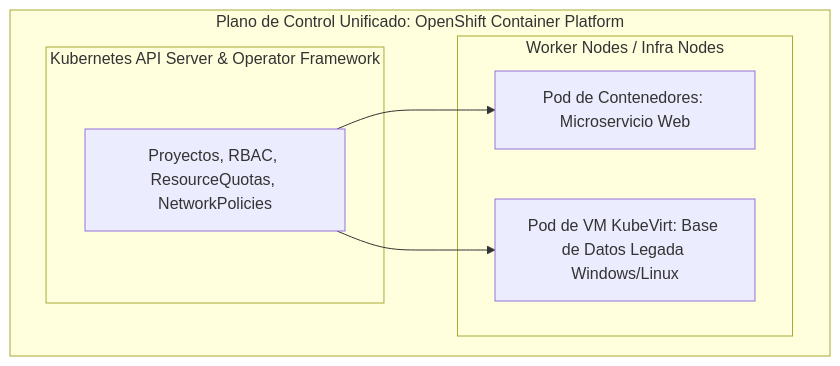
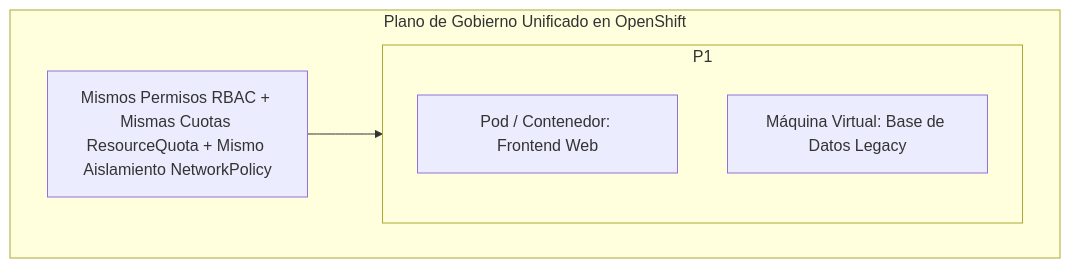
The second of 4 diagrams in docs/sesion4/4.8 Openshift Virtualization.md (ieftraining/curso-openshift), drawn with Mermaid before and after one commit. The commit also changed other lines of this file, not shown here.

````diff
--- a/docs/sesion4/4.8 Openshift Virtualization.md
+++ b/docs/sesion4/4.8 Openshift Virtualization.md
@@ -41,16 +49,14 @@
 ```mermaid
 flowchart TD
-    subgraph Plano de Control Unificado: OpenShift Container Platform
-        subgraph Kubernetes API Server & Operator Framework
-            A1[Proyectos, RBAC, ResourceQuotas, NetworkPolicies]
+    subgraph OpenShift Container Platform ["Plano de Gobierno Unificado en OpenShift"]
+        P1[Proyecto / Namespace]
+
+        subgraph P1
+            C1[Pod / Contenedor: Frontend Web]
+            VM1[Máquina Virtual: Base de Datos Legacy]
         end
 
-        subgraph Worker Nodes / Infra Nodes
-            P1[Pod de Contenedores: Microservicio Web]
-            P2[Pod de VM KubeVirt: Base de Datos Legada Windows/Linux]
-        end
-
-        A1 --> P1
-        A1 --> P2
+        Gov[Mismos Permisos RBAC + Mismas Cuotas ResourceQuota + Mismo Aislamiento NetworkPolicy]
+        Gov --> P1
     end
 ```
````
